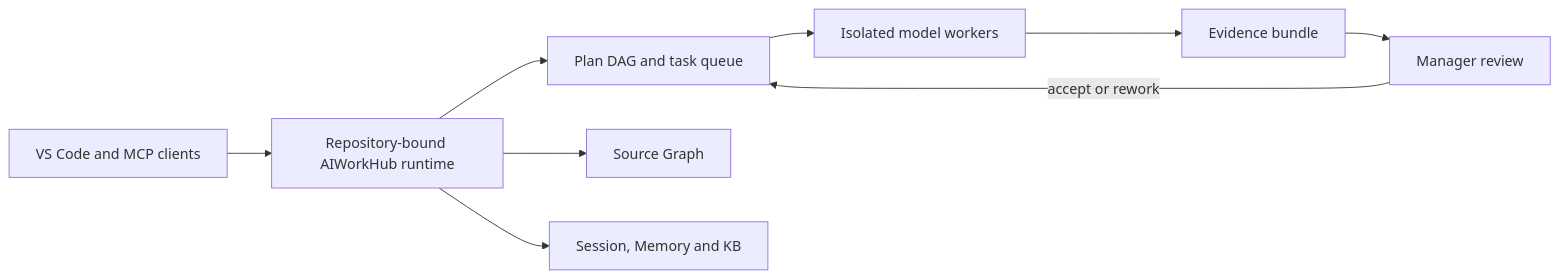
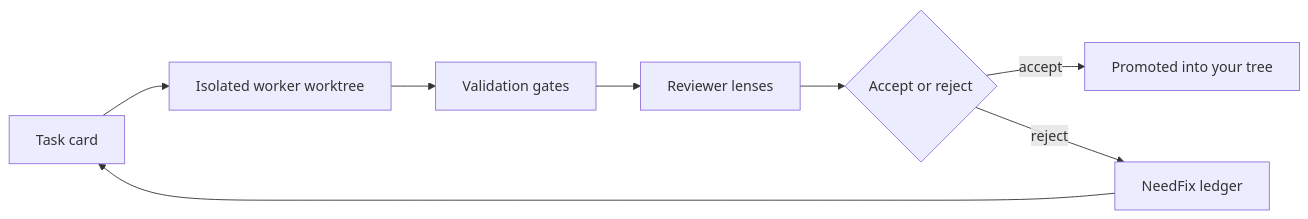
Before and after one commit to shrec/AIWorkHub: the diagram in README.md, drawn with Mermaid. The commit also changed other lines of this file and 1 other file, not shown here.

First line of the commit message:
docs(release-0.12.98-docs): Rewrite the GitHub README and the extension README for the current product

````diff
--- a/README.md
+++ b/README.md
@@ -364,11 +57,10 @@
 ```mermaid
 flowchart LR
-    A[VS Code and MCP clients] --> B[Repository-bound AIWorkHub runtime]
-    B --> C[Plan DAG and task queue]
-    B --> D[Source Graph]
-    B --> E[Session, Memory and KB]
-    C --> F[Isolated model workers]
-    F --> G[Evidence bundle]
-    G --> H[Manager review]
-    H -->|accept or rework| C
+    A[Task card] --> B[Isolated worker worktree]
+    B --> C[Validation gates]
+    C --> D[Reviewer lenses]
+    D --> E{Accept or reject}
+    E -->|accept| F[Promoted into your tree]
+    E -->|reject| G[NeedFix ledger]
+    G --> A
 ```
````
